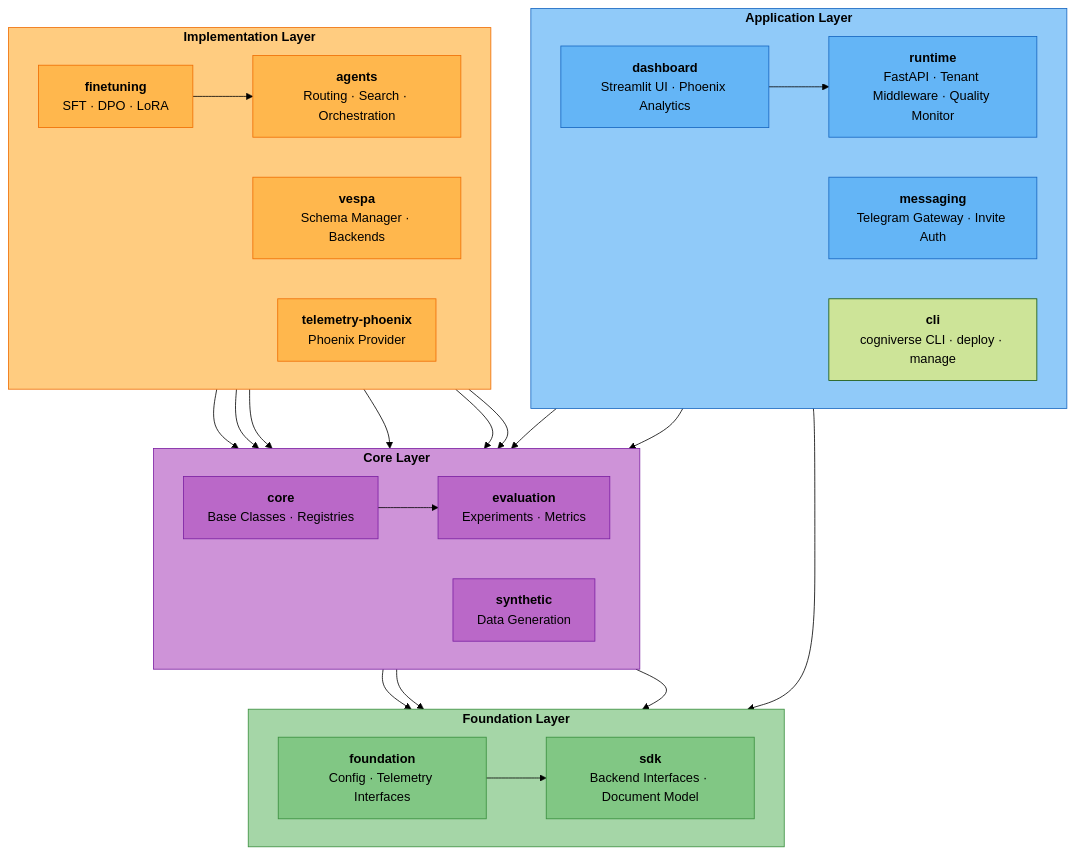
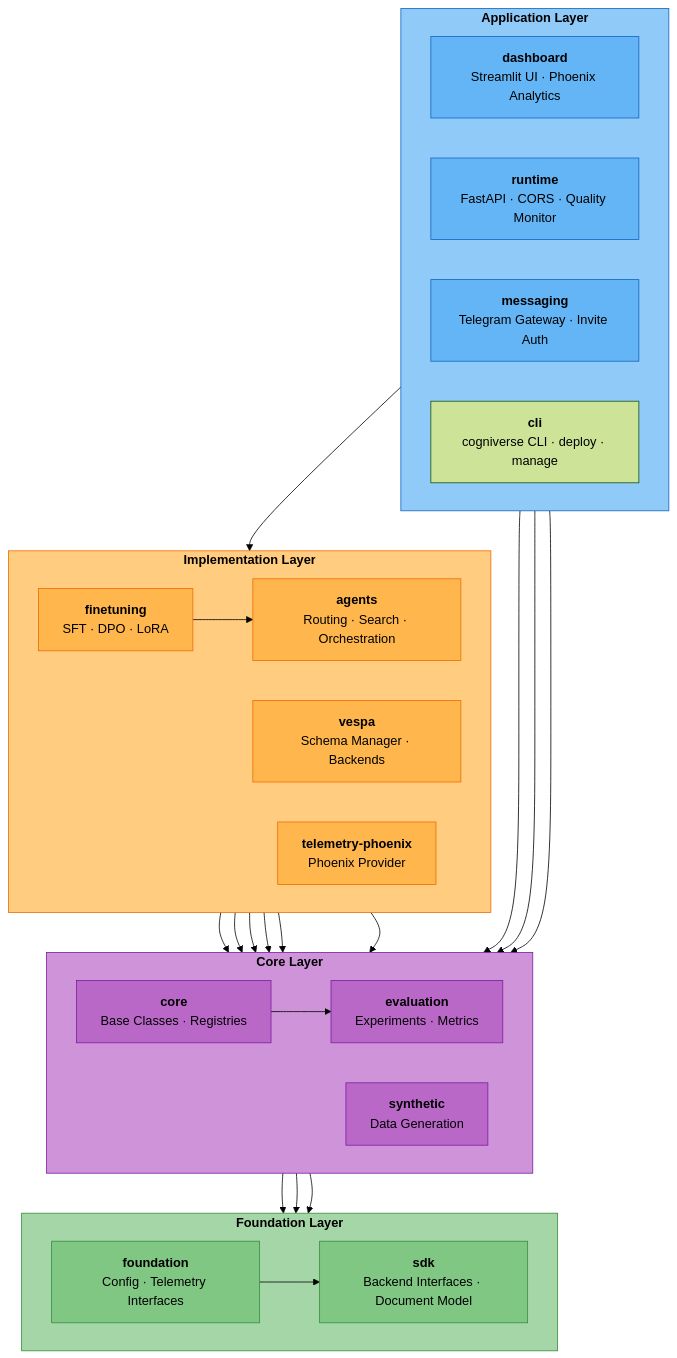
The first of 6 diagrams in docs/architecture/overview.md (amit-jain/cogniverse), drawn with Mermaid (forest theme) before and after one commit. The commit also changed other lines of this file and 19 other files, not shown here.

````diff
--- a/docs/architecture/overview.md
+++ b/docs/architecture/overview.md
@@ -172,71 +172,71 @@
 ```mermaid
 flowchart TB
     subgraph Application["<span style='color:#000'><b>Application Layer</b></span>"]
         direction LR
         dashboard["<span style='color:#000'><b>dashboard</b><br/>Streamlit UI · Phoenix Analytics</span>"]
-        runtime["<span style='color:#000'><b>runtime</b><br/>FastAPI · Tenant Middleware · Quality Monitor</span>"]
+        runtime["<span style='color:#000'><b>runtime</b><br/>FastAPI · CORS · Quality Monitor</span>"]
         messaging["<span style='color:#000'><b>messaging</b><br/>Telegram Gateway · Invite Auth</span>"]
         cli["<span style='color:#000'><b>cli</b><br/>cogniverse CLI · deploy · manage</span>"]
     end
 
     subgraph Implementation["<span style='color:#000'><b>Implementation Layer</b></span>"]
         direction LR
         agents["<span style='color:#000'><b>agents</b><br/>Routing · Search · Orchestration</span>"]
         vespa["<span style='color:#000'><b>vespa</b><br/>Schema Manager · Backends</span>"]
         finetuning["<span style='color:#000'><b>finetuning</b><br/>SFT · DPO · LoRA</span>"]
         telemetry["<span style='color:#000'><b>telemetry-phoenix</b><br/>Phoenix Provider</span>"]
     end
 
     subgraph Core["<span style='color:#000'><b>Core Layer</b></span>"]
         direction LR
         core["<span style='color:#000'><b>core</b><br/>Base Classes · Registries</span>"]
         evaluation["<span style='color:#000'><b>evaluation</b><br/>Experiments · Metrics</span>"]
         synthetic["<span style='color:#000'><b>synthetic</b><br/>Data Generation</span>"]
     end
 
     subgraph Foundation["<span style='color:#000'><b>Foundation Layer</b></span>"]
         direction LR
         foundation["<span style='color:#000'><b>foundation</b><br/>Config · Telemetry Interfaces</span>"]
         sdk["<span style='color:#000'><b>sdk</b><br/>Backend Interfaces · Document Model</span>"]
     end
 
-    dashboard --> runtime
+    dashboard --> agents
     dashboard --> evaluation
     runtime --> core
-    messaging --> foundation
+    messaging --> core
 
     agents --> core
     agents --> synthetic
     vespa --> core
     finetuning --> agents
     finetuning --> synthetic
     telemetry --> core
     telemetry --> evaluation
 
     core --> evaluation
     core --> foundation
     evaluation --> foundation
     synthetic --> sdk
     foundation --> sdk
 
     style Application fill:#90caf9,stroke:#1565c0,color:#000
     style Implementation fill:#ffcc80,stroke:#ef6c00,color:#000
     style Core fill:#ce93d8,stroke:#7b1fa2,color:#000
     style Foundation fill:#a5d6a7,stroke:#388e3c,color:#000
 
     style dashboard fill:#64b5f6,stroke:#1565c0,color:#000
     style runtime fill:#64b5f6,stroke:#1565c0,color:#000
     style messaging fill:#64b5f6,stroke:#1565c0,color:#000
 
     style agents fill:#ffb74d,stroke:#ef6c00,color:#000
     style vespa fill:#ffb74d,stroke:#ef6c00,color:#000
     style finetuning fill:#ffb74d,stroke:#ef6c00,color:#000
     style telemetry fill:#ffb74d,stroke:#ef6c00,color:#000
 
     style evaluation fill:#ba68c8,stroke:#7b1fa2,color:#000
     style core fill:#ba68c8,stroke:#7b1fa2,color:#000
     style synthetic fill:#ba68c8,stroke:#7b1fa2,color:#000
 
     style foundation fill:#81c784,stroke:#388e3c,color:#000
     style sdk fill:#81c784,stroke:#388e3c,color:#000
 ```
````
